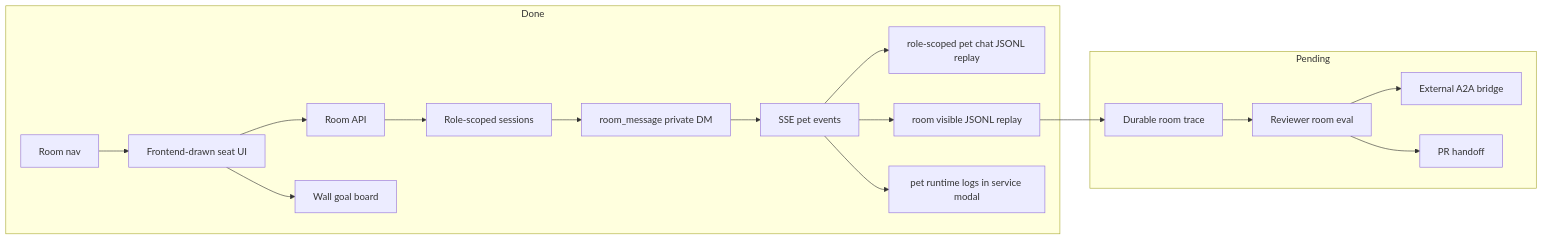
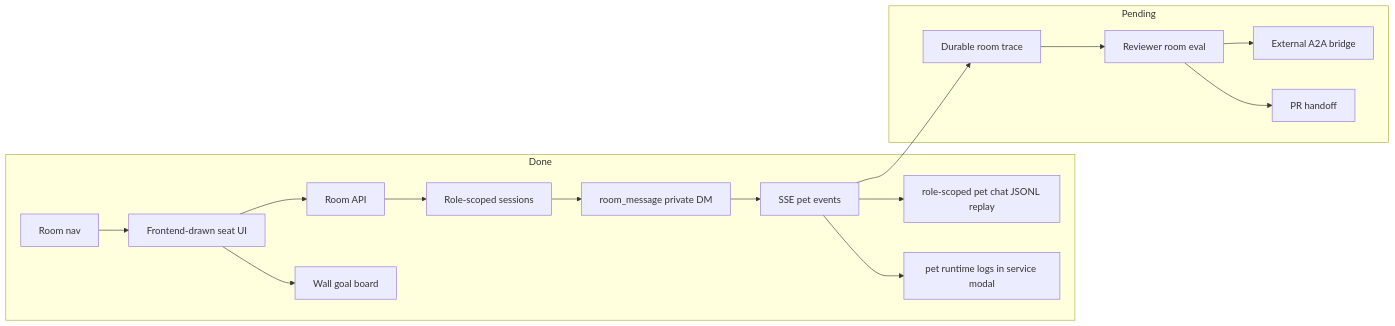
One commit to fightheyyy/XiaoBa-CLI changed the diagram in dashboard/PLAN.md. Above: the diagram before and after it, drawn with Mermaid. The commit also changed other lines of this file and 271 other files, not shown here.

````diff
--- a/dashboard/PLAN.md
+++ b/dashboard/PLAN.md
@@ -13,36 +13,34 @@
 ```mermaid
 flowchart LR
     subgraph Done["Done"]
         Nav["Room nav"]
         Surface["Frontend-drawn seat UI"]
         API["Room API"]
         Scoped["Role-scoped sessions"]
         Goal["Wall goal board"]
         PM["room_message private DM"]
         Stream["SSE pet events"]
         ChatHistory["role-scoped pet chat JSONL replay"]
-        RoomHistory["room visible JSONL replay"]
         Logs["pet runtime logs in service modal"]
     end
 
     subgraph Pending["Pending"]
         Durable["Durable room trace"]
         Eval["Reviewer room eval"]
         A2A["External A2A bridge"]
         PR["PR handoff"]
     end
 
     Nav --> Surface
     Surface --> API
     Surface --> Goal
     API --> Scoped
     Scoped --> PM
     PM --> Stream
     Stream --> ChatHistory
-    Stream --> RoomHistory
     Stream --> Logs
-    RoomHistory --> Durable
+    Stream --> Durable
     Durable --> Eval
     Eval --> A2A
     Eval --> PR
 ```
````
